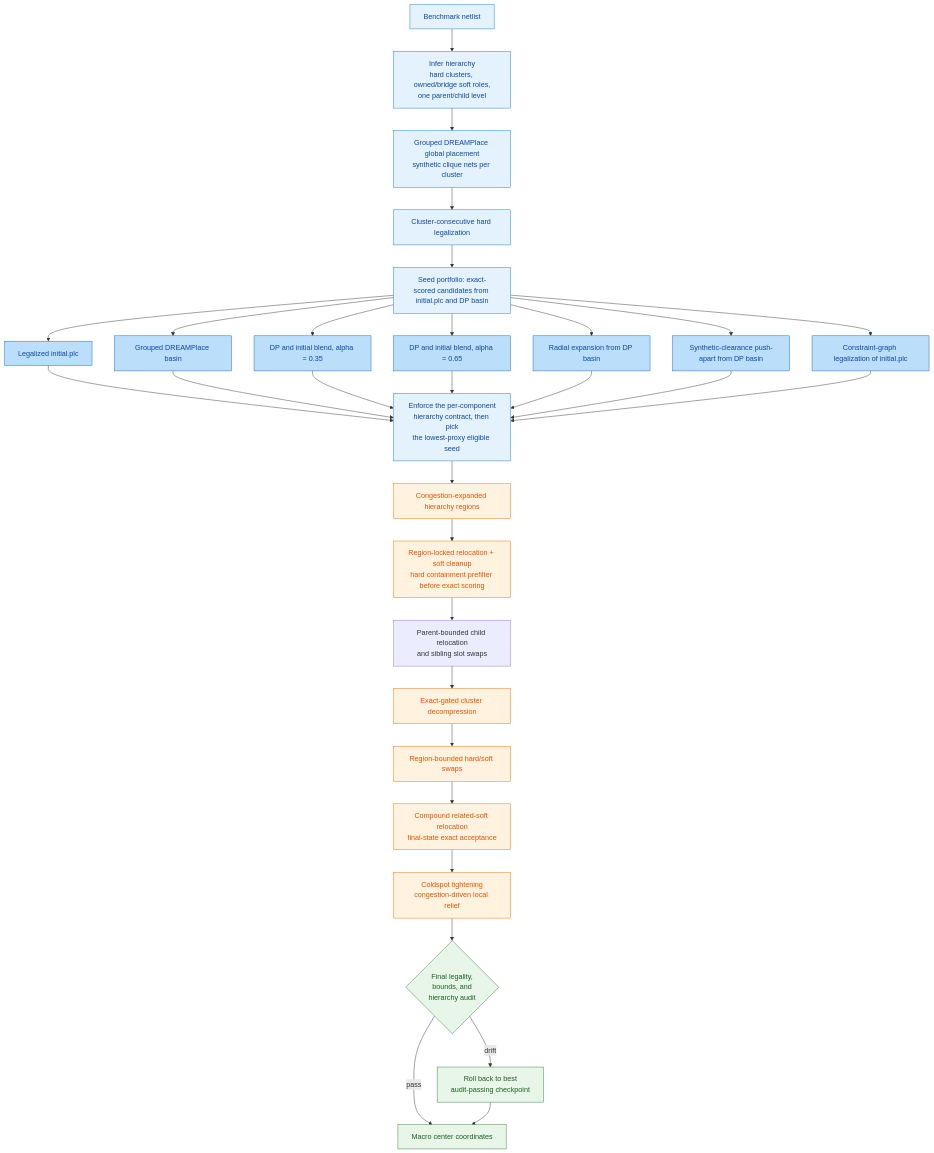
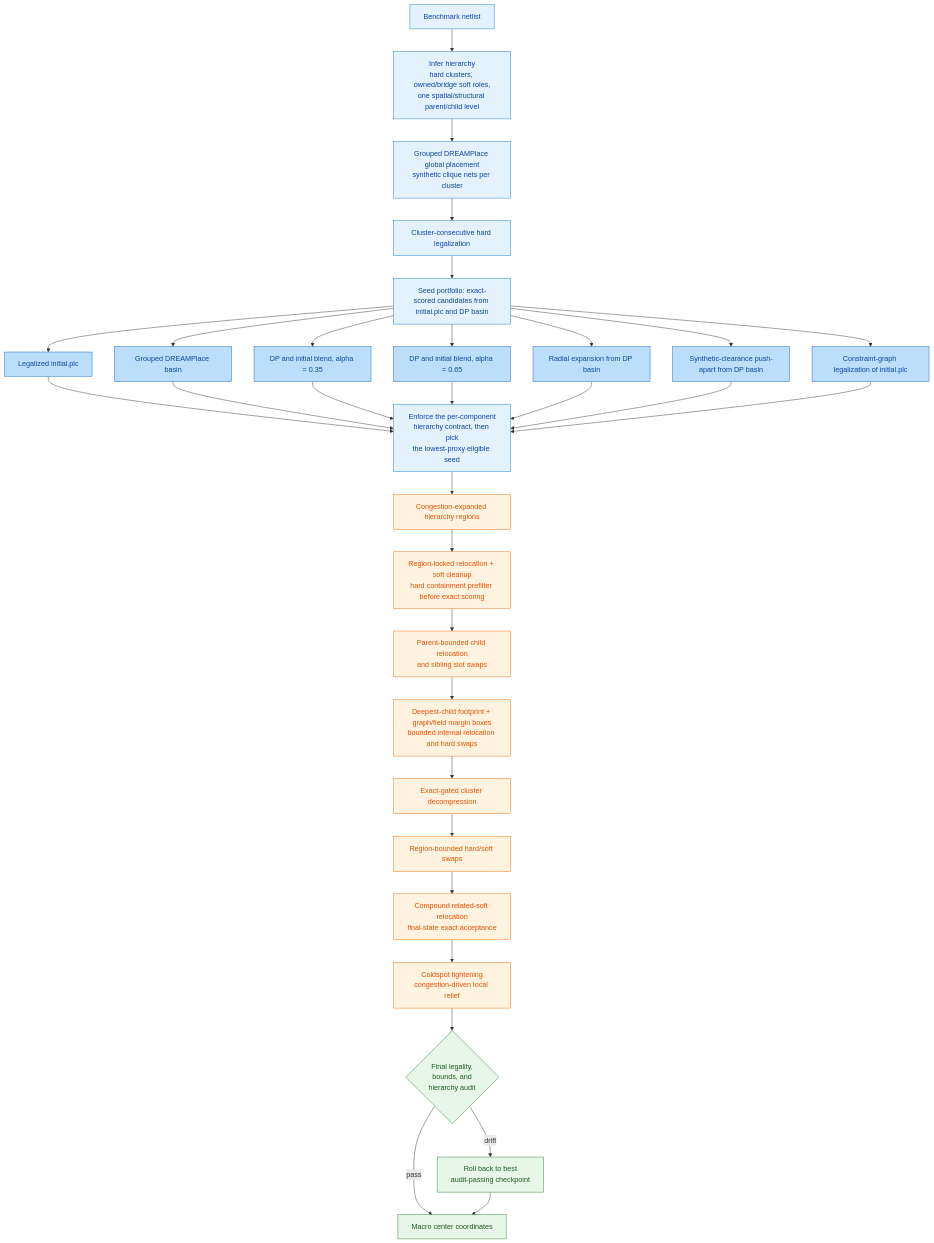
The diagram in README.md (SameerSul/leetfm-macro-place-challenge-2026), drawn with Mermaid before and after one commit. The commit also changed other lines of this file and 19 other files, not shown here.

````diff
--- a/README.md
+++ b/README.md
@@ -96,43 +115,44 @@
 ```mermaid
 flowchart TD
-    A[Benchmark netlist] --> B[Infer hierarchy<br/>hard clusters, owned/bridge soft roles,<br/>one parent/child level]
+    A[Benchmark netlist] --> B[Infer hierarchy<br/>hard clusters, owned/bridge soft roles,<br/>one spatial/structural parent/child level]
     B --> C[Grouped DREAMPlace global placement<br/>synthetic clique nets per cluster]
     C --> D[Cluster-consecutive hard legalization]
 
     D --> P[Seed portfolio: exact-scored candidates from initial.plc and DP basin]
     P --> S0[Legalized initial.plc]
     P --> S1[Grouped DREAMPlace basin]
     P --> S2[DP and initial blend, alpha = 0.35]
     P --> S3[DP and initial blend, alpha = 0.65]
     P --> S4[Radial expansion from DP basin]
     P --> S5[Synthetic-clearance push-apart from DP basin]
     P --> S6[Constraint-graph legalization of initial.plc]
     S0 --> E[Enforce the per-component<br/>hierarchy contract, then pick<br/>the lowest-proxy eligible seed]
     S1 --> E
     S2 --> E
     S3 --> E
     S4 --> E
     S5 --> E
     S6 --> E
 
     E --> F[Congestion-expanded hierarchy regions]
     F --> G[Region-locked relocation + soft cleanup<br/>hard containment prefilter before exact scoring]
     G --> G2[Parent-bounded child relocation<br/>and sibling slot swaps]
-    G2 --> H[Exact-gated cluster decompression]
+    G2 --> G3[Deepest-child footprint + graph/field margin boxes<br/>bounded internal relocation and hard swaps]
+    G3 --> H[Exact-gated cluster decompression]
     H --> I[Region-bounded hard/soft swaps]
     I --> I2[Compound related-soft relocation<br/>final-state exact acceptance]
     I2 --> J[Coldspot tightening<br/>congestion-driven local relief]
     J --> L{Final legality,<br/>bounds, and<br/>hierarchy audit}
     L -->|pass| M[Macro center coordinates]
     L -->|drift| N[Roll back to best<br/>audit-passing checkpoint]
     N --> M
 
     classDef seed fill:#e3f2fd,stroke:#1976d2,color:#0d47a1
     classDef cand fill:#bbdefb,stroke:#1565c0,color:#0d47a1
     classDef search fill:#fff3e0,stroke:#ef6c00,color:#e65100
     classDef audit fill:#e8f5e9,stroke:#2e7d32,color:#1b5e20
     class A,B,C,D,P,E seed
     class S0,S1,S2,S3,S4,S5,S6 cand
-    class F,G,H,I,I2,J search
+    class F,G,G2,G3,H,I,I2,J search
     class L,M,N audit
 ```
````
